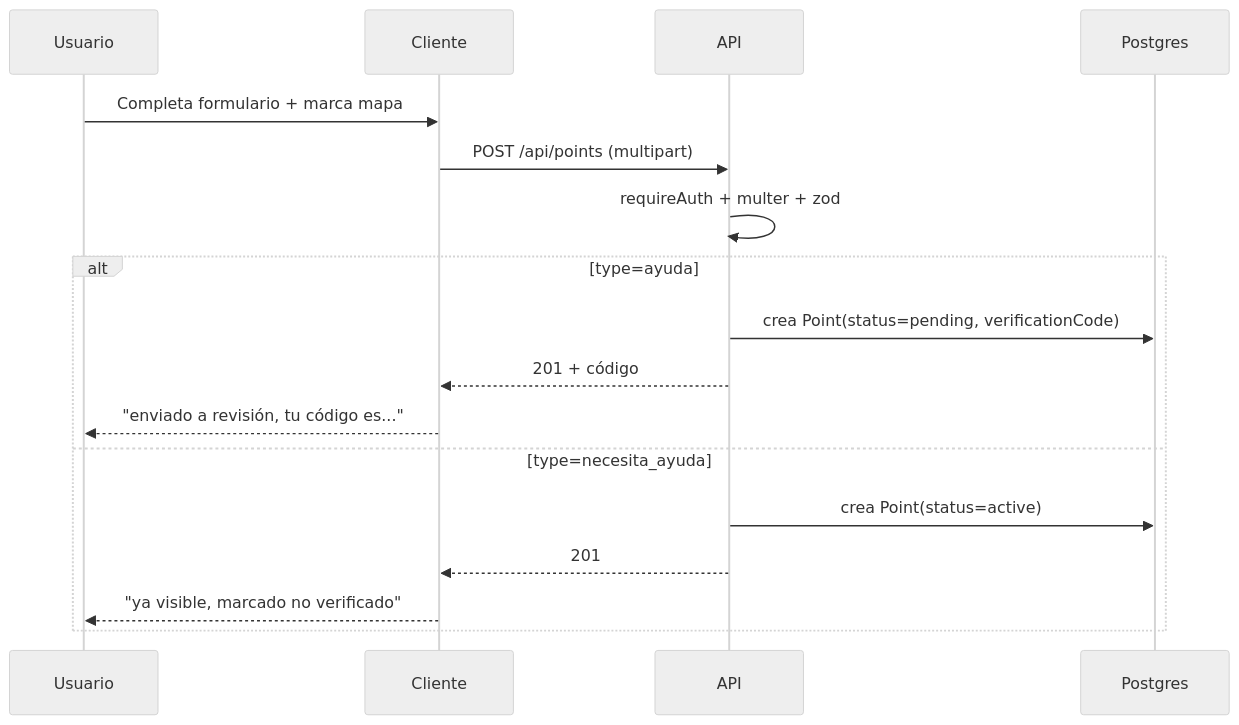
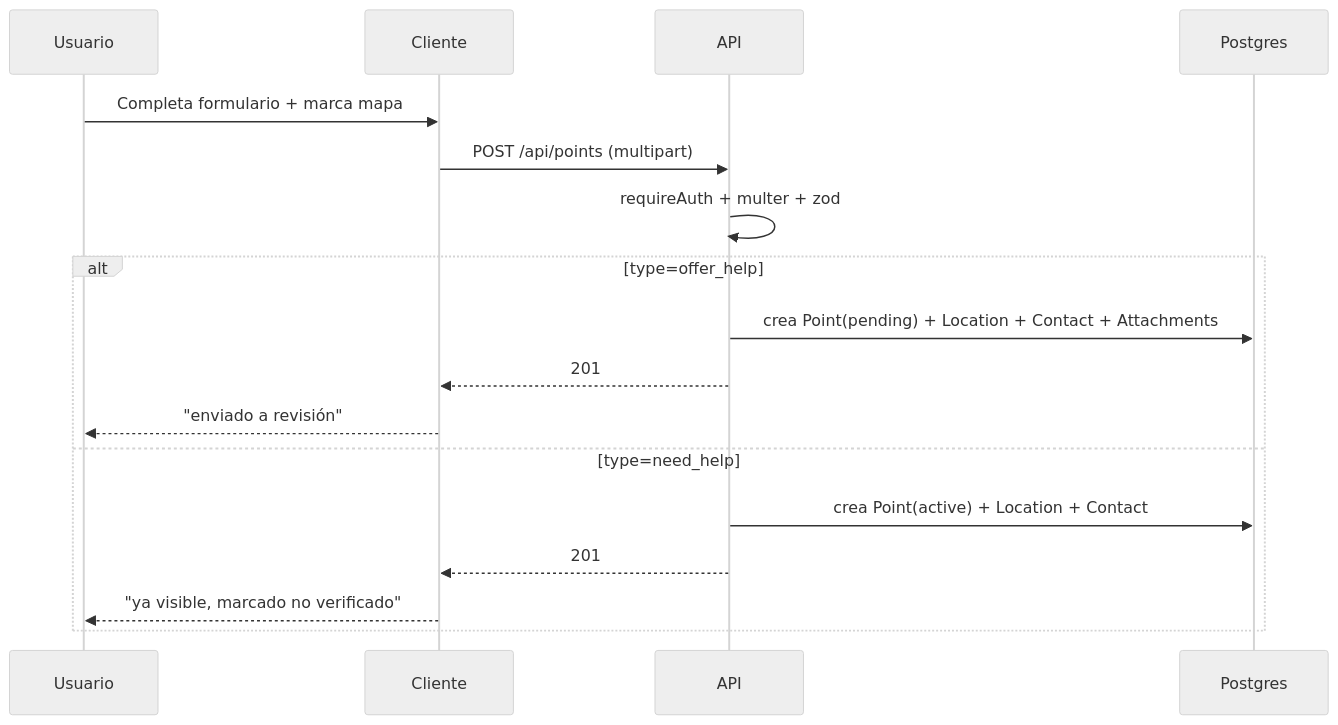
One commit to santigou/ayudaporcolombia changed the fifth of 6 diagrams in docs/obsidian/Diagramas Mermaid.md. Above: the diagram before and after it, drawn with Mermaid (neutral theme). The commit also changed other lines of this file and 62 other files, not shown here.

````diff
--- a/docs/obsidian/Diagramas Mermaid.md
+++ b/docs/obsidian/Diagramas Mermaid.md
@@ -72,19 +72,19 @@
 ```mermaid
 sequenceDiagram
     participant U as Usuario
     participant C as Cliente
     participant A as API
     participant DB as Postgres
     U->>C: Completa formulario + marca mapa
     C->>A: POST /api/points (multipart)
     A->>A: requireAuth + multer + zod
-    alt type=ayuda
-        A->>DB: crea Point(status=pending, verificationCode)
-        A-->>C: 201 + código
-        C-->>U: "enviado a revisión, tu código es..."
-    else type=necesita_ayuda
-        A->>DB: crea Point(status=active)
+    alt type=offer_help
+        A->>DB: crea Point(pending) + Location + Contact + Attachments
+        A-->>C: 201
+        C-->>U: "enviado a revisión"
+    else type=need_help
+        A->>DB: crea Point(active) + Location + Contact
         A-->>C: 201
         C-->>U: "ya visible, marcado no verificado"
     end
 ```
````
